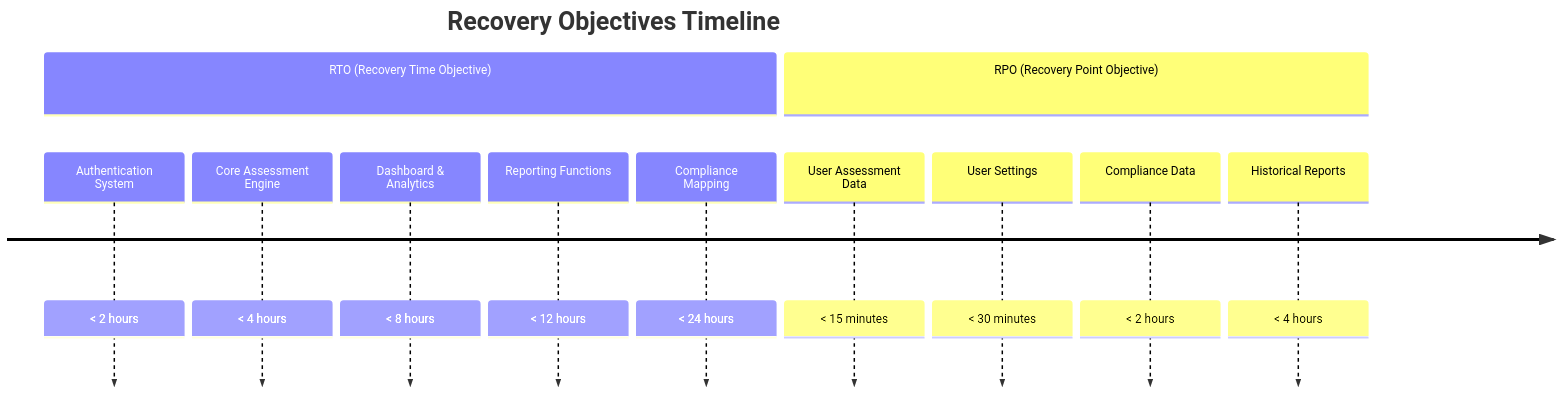
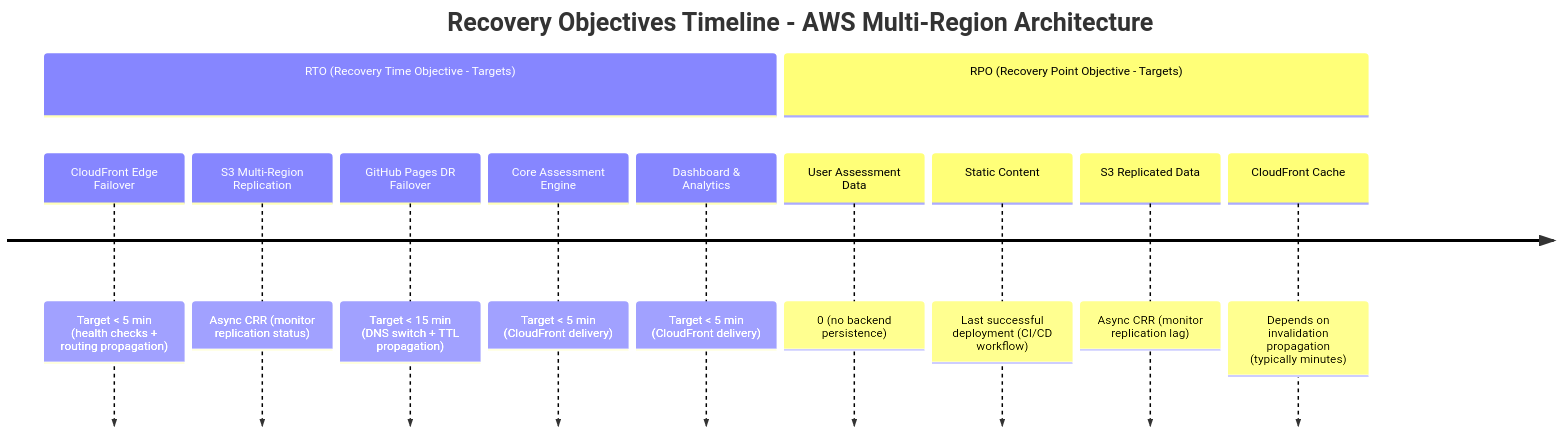
Before and after one commit to Hack23/cia-compliance-manager: the tenth of 33 diagrams in docs/architecture/BCPPlan.md, drawn with Mermaid. The commit also changed other lines of this file and 6 other files, not shown here.

First line of the commit message:
docs: align architecture docs with Hack23 ISMS-PUBLIC standards (#942)

````diff
--- a/docs/architecture/BCPPlan.md
+++ b/docs/architecture/BCPPlan.md
@@ -344,15 +407,15 @@
 ```mermaid
 timeline
-    title Recovery Objectives Timeline
-    section RTO (Recovery Time Objective)
-        Authentication System : < 2 hours
-        Core Assessment Engine : < 4 hours
-        Dashboard & Analytics : < 8 hours
-        Reporting Functions : < 12 hours
-        Compliance Mapping : < 24 hours
-    section RPO (Recovery Point Objective)
-        User Assessment Data : < 15 minutes
-        User Settings : < 30 minutes
-        Compliance Data : < 2 hours
-        Historical Reports : < 4 hours
+    title Recovery Objectives Timeline - AWS Multi-Region Architecture
+    section RTO (Recovery Time Objective - Targets)
+        CloudFront Edge Failover : Target < 5 min (health checks + routing propagation)
+        S3 Multi-Region Replication : Async CRR (monitor replication status)
+        GitHub Pages DR Failover : Target < 15 min (DNS switch + TTL propagation)
+        Core Assessment Engine : Target < 5 min (CloudFront delivery)
+        Dashboard & Analytics : Target < 5 min (CloudFront delivery)
+    section RPO (Recovery Point Objective - Targets)
+        User Assessment Data : 0 (no backend persistence)
+        Static Content : Last successful deployment (CI/CD workflow)
+        S3 Replicated Data : Async CRR (monitor replication lag)
+        CloudFront Cache : Depends on invalidation propagation (typically minutes)
 ```
````
